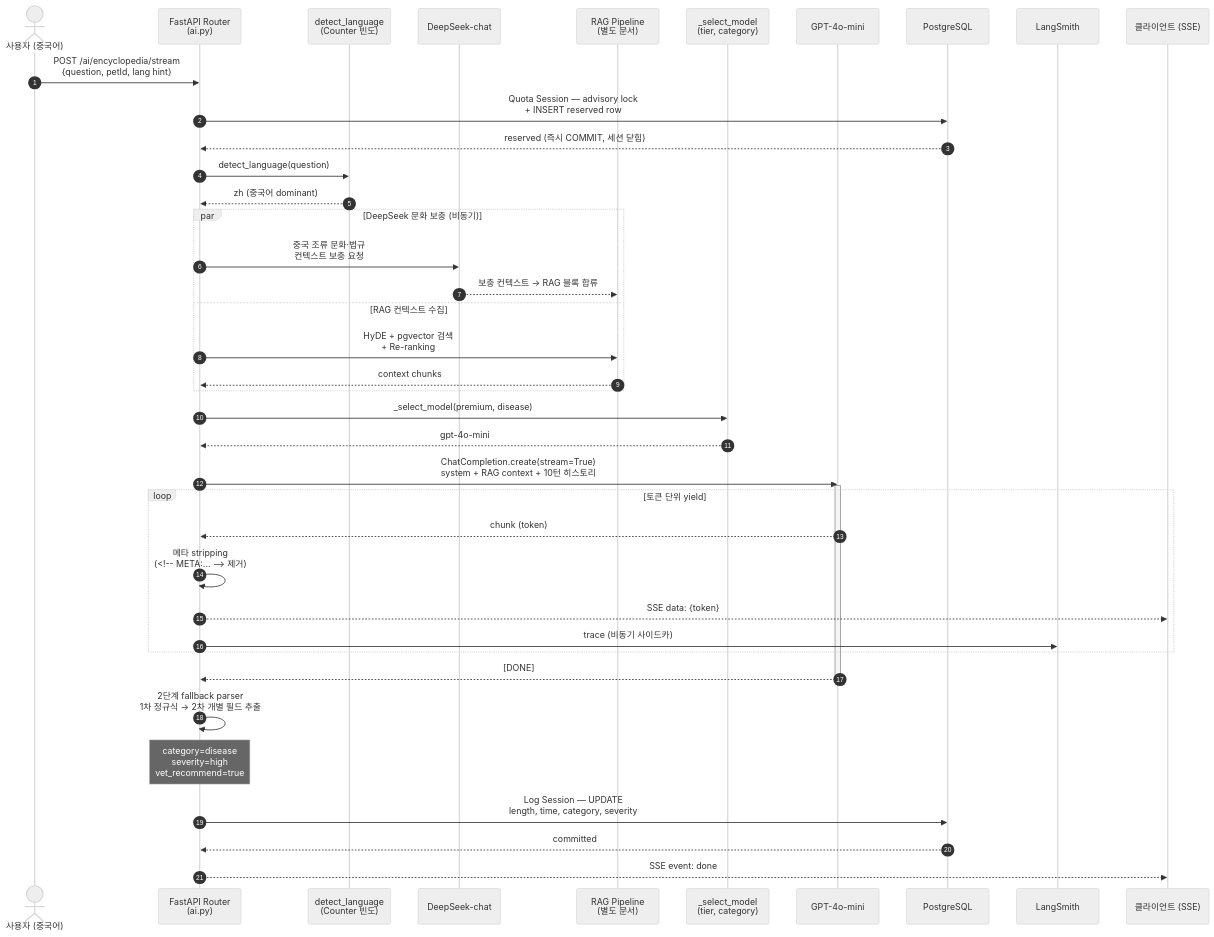
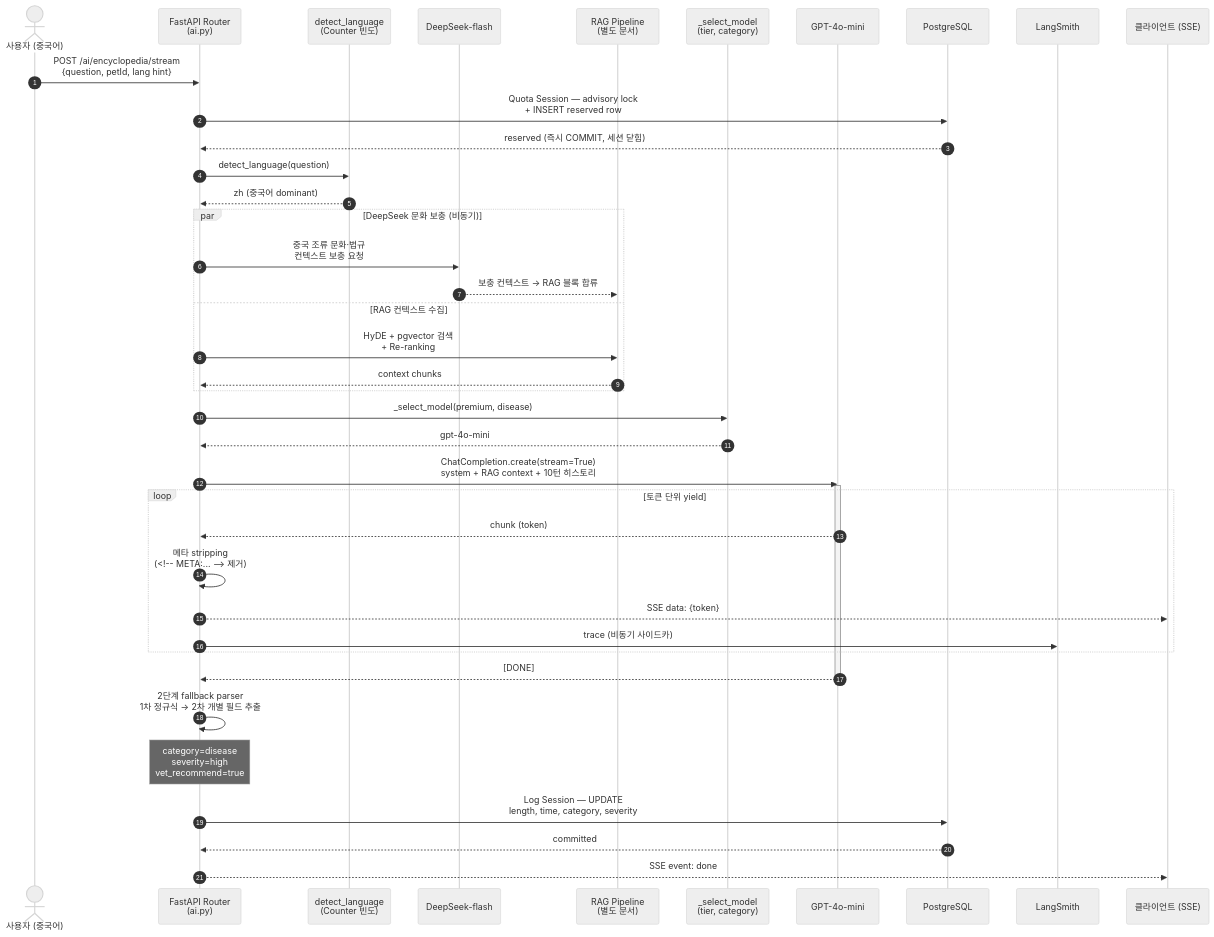
One commit to Happ11quokka/perch_care changed the third of 5 diagrams in docs/architecture/hybrid-llm-pipeline.md. Above: the diagram before and after it, drawn with Mermaid (neutral theme). The commit also changed other lines of this file and 2 other files, not shown here.

First line of the commit message:
|DOCS| 아키텍처 문서 모델명 갱신 — gpt-4.1-nano 폐기·deepseek-flash 전환 반영

````diff
--- a/docs/architecture/hybrid-llm-pipeline.md
+++ b/docs/architecture/hybrid-llm-pipeline.md
@@ -87,60 +87,60 @@
 ```mermaid
 sequenceDiagram
     autonumber
     actor U as 사용자 (중국어)
     participant R as FastAPI Router<br/>(ai.py)
     participant Lang as detect_language<br/>(Counter 빈도)
-    participant DS as DeepSeek-chat
+    participant DS as DeepSeek-flash
     participant RAG as RAG Pipeline<br/>(별도 문서)
     participant Sel as _select_model<br/>(tier, category)
     participant GPT as GPT-4o-mini
     participant DB as PostgreSQL
     participant LS as LangSmith
     participant C as 클라이언트 (SSE)
 
     U->>R: POST /ai/encyclopedia/stream<br/>{question, petId, lang hint}
 
     %% Phase 1: Quota 예약
     R->>DB: Quota Session — advisory lock<br/>+ INSERT reserved row
     DB-->>R: reserved (즉시 COMMIT, 세션 닫힘)
 
     %% Phase 2: 언어 감지 + 병렬 분기
     R->>Lang: detect_language(question)
     Lang-->>R: zh (중국어 dominant)
 
     par DeepSeek 문화 보충 (비동기)
         R->>DS: 중국 조류 문화·법규<br/>컨텍스트 보충 요청
         DS-->>RAG: 보충 컨텍스트 → RAG 블록 합류
     and RAG 컨텍스트 수집
         R->>RAG: HyDE + pgvector 검색<br/>+ Re-ranking
         RAG-->>R: context chunks
     end
 
     %% Phase 3: 모델 라우팅
     R->>Sel: _select_model(premium, disease)
     Sel-->>R: gpt-4o-mini
 
     %% Phase 4: LLM 스트림 (DB 세션 없음)
     R->>GPT: ChatCompletion.create(stream=True)<br/>system + RAG context + 10턴 히스토리
     activate GPT
 
     loop 토큰 단위 yield
         GPT-->>R: chunk (token)
         R->>R: 메타 stripping<br/>(<!-- META:... --> 제거)
         R-->>C: SSE data: {token}
         R->>LS: trace (비동기 사이드카)
     end
 
     GPT-->>R: [DONE]
     deactivate GPT
 
     %% Phase 5: 메타데이터 파싱
     R->>R: 2단계 fallback parser<br/>1차 정규식 → 2차 개별 필드 추출
     Note over R: category=disease<br/>severity=high<br/>vet_recommend=true
 
     %% Phase 6: Log 세션
     R->>DB: Log Session — UPDATE<br/>length, time, category, severity
     DB-->>R: committed
 
     R-->>C: SSE event: done
 ```
````
